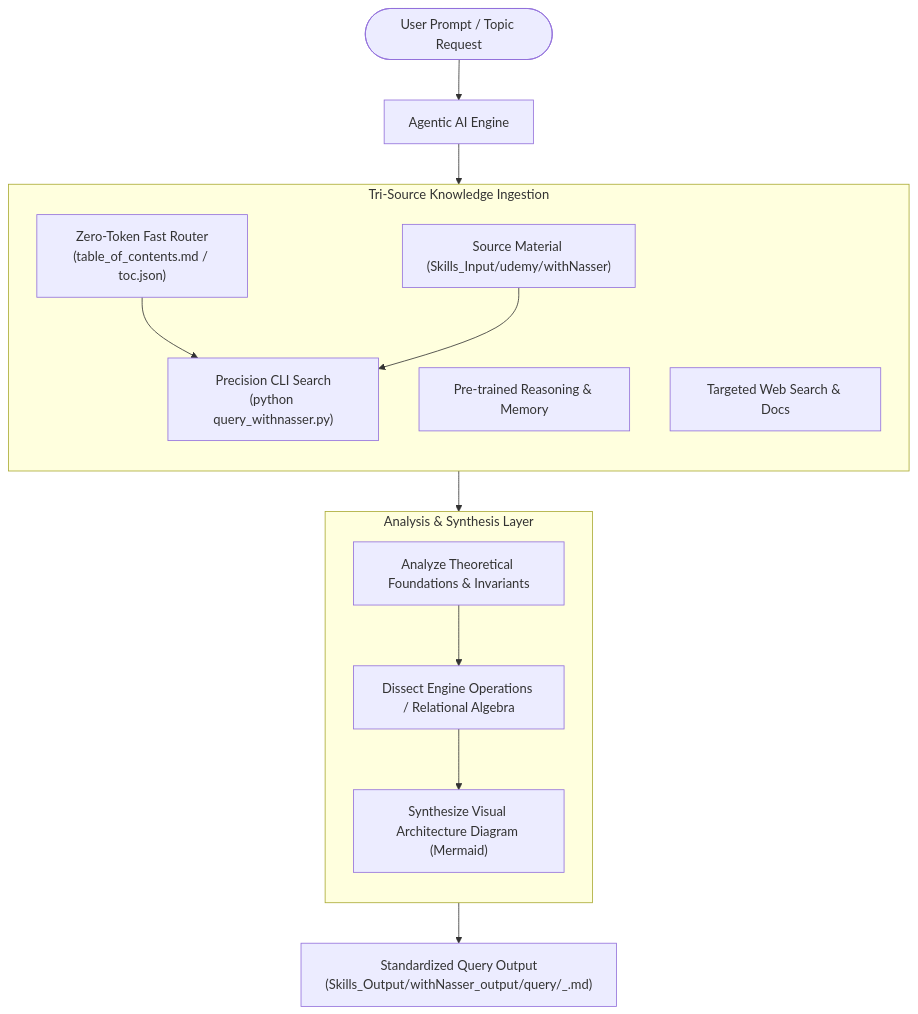
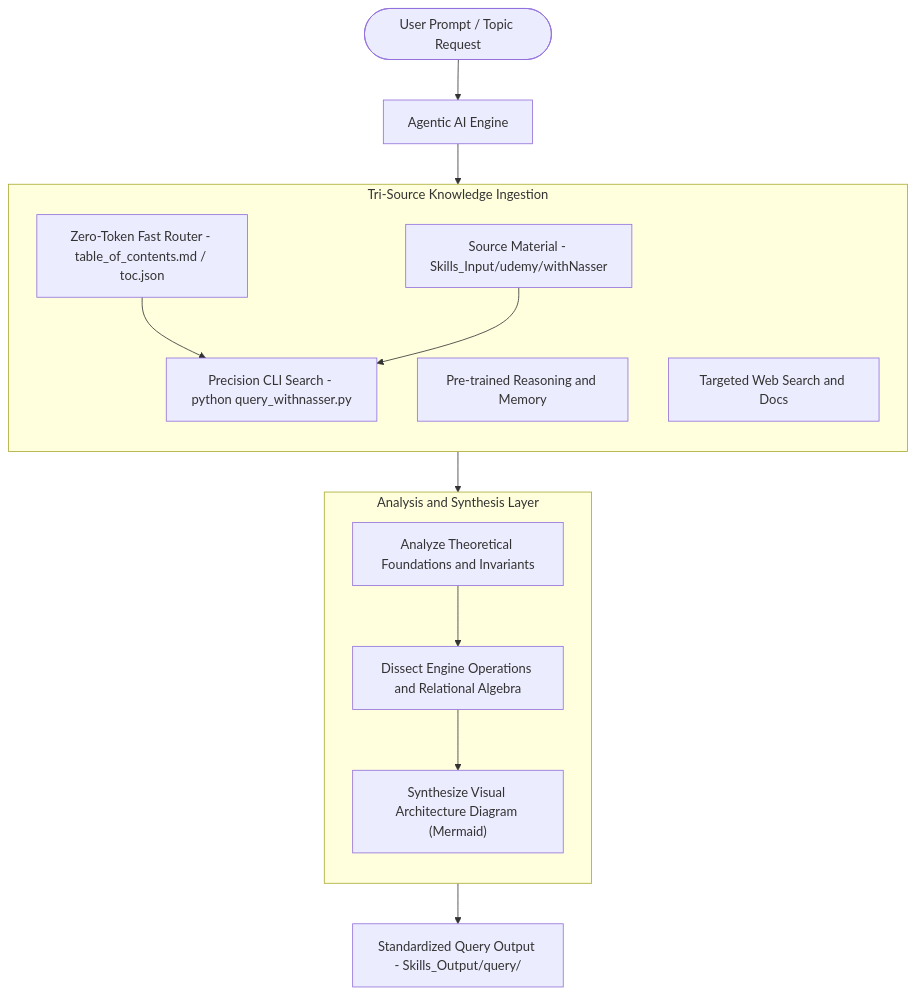
One commit to AkmKawser/Database-Management-System changed the diagram in .agent/skills/SkillsOnFixedResources/withNasser/SkillArchitecture/ARCHITECTURE.md. Above: the diagram before and after it, drawn with Mermaid. The commit also changed 11 other files, not shown here.

Commit message:
Fix Mermaid got PS parser error by double-quoting all node labels, upgrade audit_rendering.py, and codify global source attribution & simplification rules

````diff
--- a/.agent/skills/SkillsOnFixedResources/withNasser/SkillArchitecture/ARCHITECTURE.md
+++ b/.agent/skills/SkillsOnFixedResources/withNasser/SkillArchitecture/ARCHITECTURE.md
@@ -31,30 +31,30 @@
 ```mermaid
 flowchart TD
-    User([User Prompt / Topic Request]) --> Agent[Agentic AI Engine]
+    User(["User Prompt / Topic Request"]) --> Agent["Agentic AI Engine"]
     
     subgraph KnowledgeSources["Tri-Source Knowledge Ingestion"]
         direction TB
-        SourceData["Source Material (Skills_Input/udemy/withNasser)"]
-        Router["Zero-Token Fast Router<br/>(table_of_contents.md / toc.json)"]
-        CLISearch["Precision CLI Search<br/>(python query_withnasser.py)"]
+        SourceData["Source Material - Skills_Input/udemy/withNasser"]
+        Router["Zero-Token Fast Router - table_of_contents.md / toc.json"]
+        CLISearch["Precision CLI Search - python query_withnasser.py"]
         
         Router --> CLISearch
         SourceData --> CLISearch
         
-        LLM["Pre-trained Reasoning & Memory"]
-        Web["Targeted Web Search & Docs"]
+        LLM["Pre-trained Reasoning and Memory"]
+        Web["Targeted Web Search and Docs"]
     end
     
     Agent --> KnowledgeSources
     
-    subgraph SynthesisLayer["Analysis & Synthesis Layer"]
+    subgraph SynthesisLayer["Analysis and Synthesis Layer"]
         direction TB
-        Step1["Analyze Theoretical Foundations & Invariants"]
-        Step2["Dissect Engine Operations / Relational Algebra"]
+        Step1["Analyze Theoretical Foundations and Invariants"]
+        Step2["Dissect Engine Operations and Relational Algebra"]
         Step3["Synthesize Visual Architecture Diagram (Mermaid)"]
         Step1 --> Step2 --> Step3
     end
     
     KnowledgeSources --> SynthesisLayer
-    SynthesisLayer --> Output["Standardized Query Output<br/>(Skills_Output/withNasser_output/query/<NNN>_<topic>.md)"]
+    SynthesisLayer --> Output["Standardized Query Output - Skills_Output/query/"]
 ```
````
